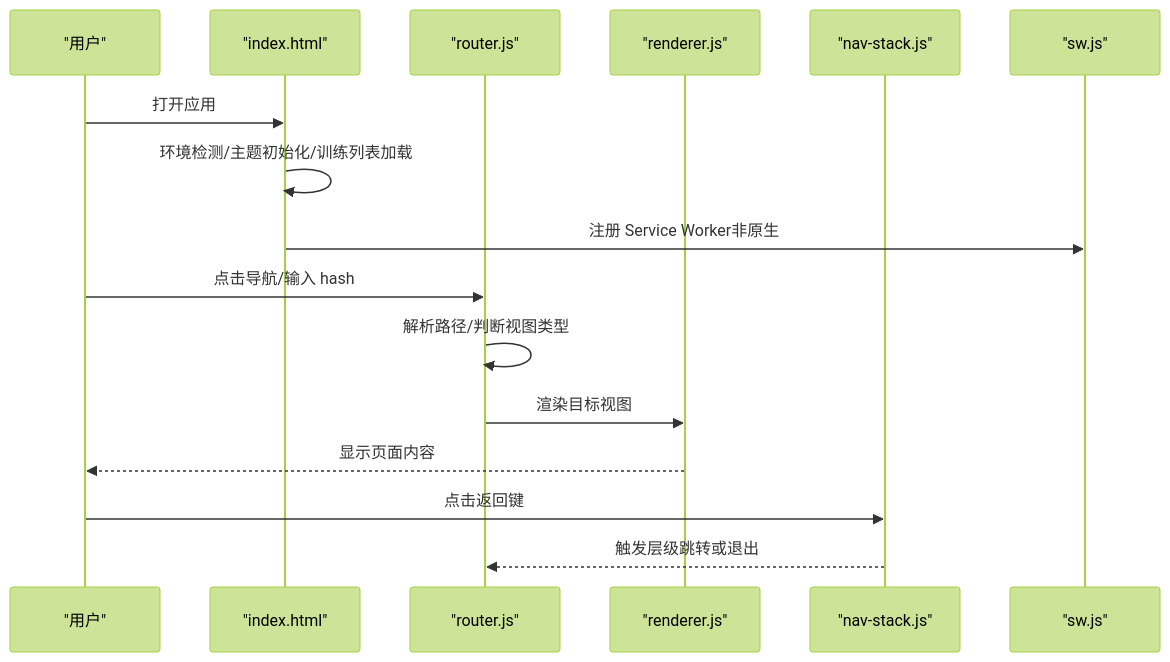
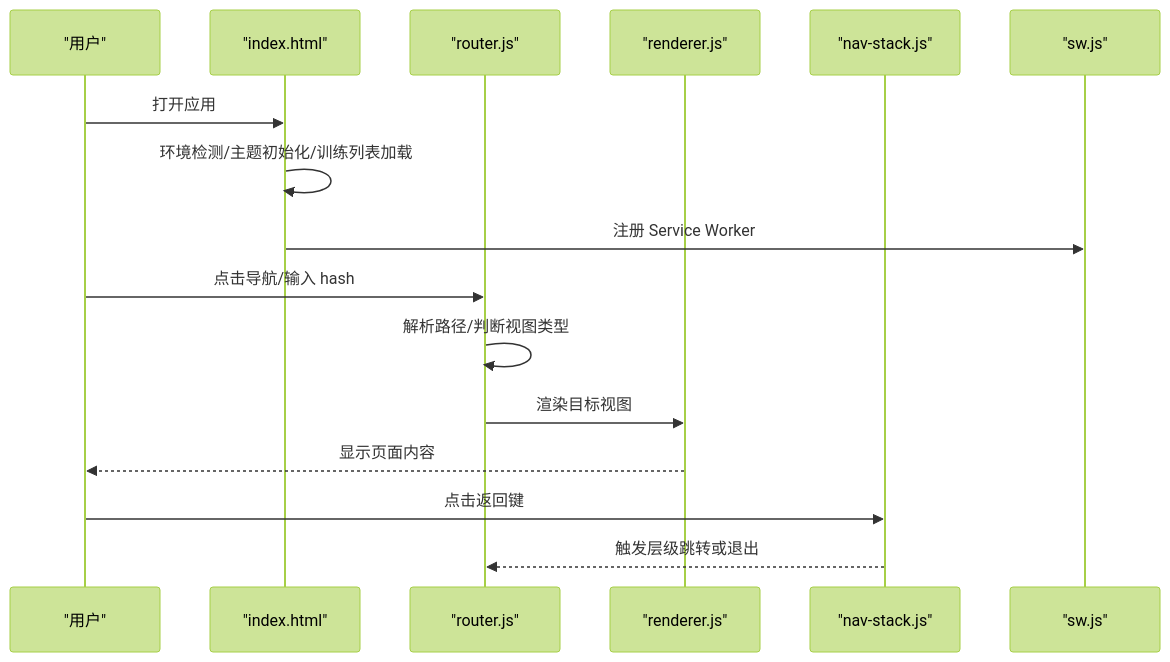
One commit to zhao-zg/cx changed the second of 9 diagrams in .qoder/repowiki/zh/content/高级功能/前端功能.md. Above: the diagram before and after it, drawn with Mermaid (forest theme). The commit also changed other lines of this file and 34 other files, not shown here.

````diff
--- a/.qoder/repowiki/zh/content/高级功能/前端功能.md
+++ b/.qoder/repowiki/zh/content/高级功能/前端功能.md
@@ -86,18 +97,18 @@
 ```mermaid
 sequenceDiagram
 participant U as "用户"
 participant IDX as "index.html"
 participant R as "router.js"
 participant RN as "renderer.js"
 participant NS as "nav-stack.js"
 participant SW as "sw.js"
 U->>IDX : 打开应用
 IDX->>IDX : 环境检测/主题初始化/训练列表加载
-IDX->>SW : 注册 Service Worker非原生
+IDX->>SW : 注册 Service Worker
 U->>R : 点击导航/输入 hash
 R->>R : 解析路径/判断视图类型
 R->>RN : 渲染目标视图
 RN-->>U : 显示页面内容
 U->>NS : 点击返回键
 NS-->>R : 触发层级跳转或退出
 ```
````
